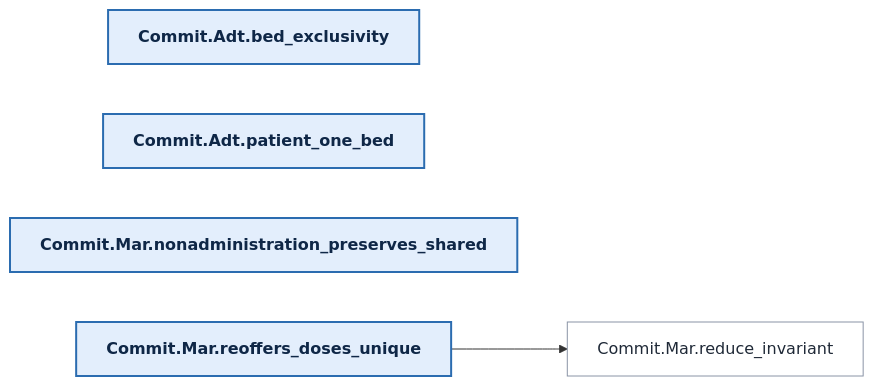
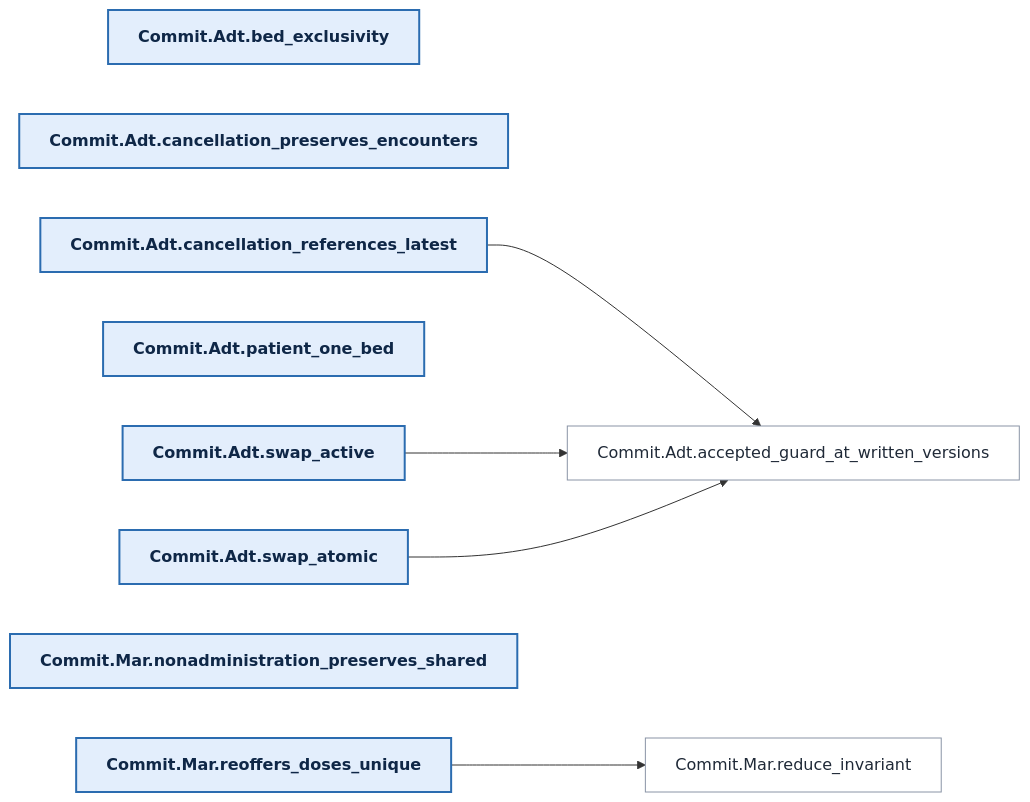
One commit to saithat/VGI-Health changed the ninth of 11 diagrams in README.md. Above: the diagram before and after it, drawn with Mermaid. The commit also changed other lines of this file and 21 other files, not shown here.

First line of the commit message:
Merge lane/adt-swap: atomic exchanges and linked ADT cancellations

````diff
--- a/README.md
+++ b/README.md
@@ -1518,12 +1532,20 @@
 ```mermaid
 flowchart LR
   n0["Commit.Adt.bed_exclusivity"]:::head
-  n1["Commit.Adt.patient_one_bed"]:::head
-  n2["Commit.Mar.nonadministration_preserves_shared"]:::head
-  n3["Commit.Mar.reoffers_doses_unique"]:::head
-  n4["Commit.Mar.reduce_invariant"]:::lemma
-  n3 --> n4
+  n1["Commit.Adt.cancellation_preserves_encounters"]:::head
+  n2["Commit.Adt.cancellation_references_latest"]:::head
+  n3["Commit.Adt.patient_one_bed"]:::head
+  n4["Commit.Adt.swap_active"]:::head
+  n5["Commit.Adt.swap_atomic"]:::head
+  n6["Commit.Mar.nonadministration_preserves_shared"]:::head
+  n7["Commit.Mar.reoffers_doses_unique"]:::head
+  n8["Commit.Adt.accepted_guard_at_written_versions"]:::lemma
+  n9["Commit.Mar.reduce_invariant"]:::lemma
+  n2 --> n8
+  n4 --> n8
+  n5 --> n8
+  n7 --> n9
   classDef head fill:#e3eefc,stroke:#2b6cb0,stroke-width:2px,color:#0f2747,font-weight:bold
   classDef lemma fill:#ffffff,stroke:#8a94a6,color:#1f2937
   classDef other fill:#f4f4f5,stroke:#a1a1aa,stroke-dasharray:4 3,color:#3f3f46
 ```
````
